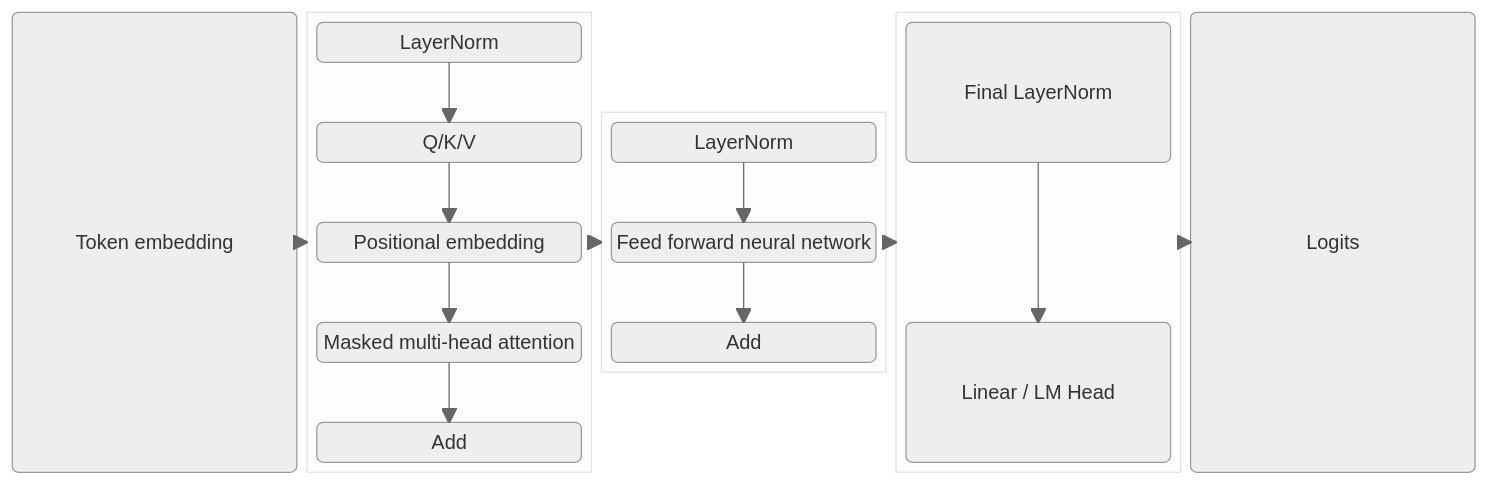
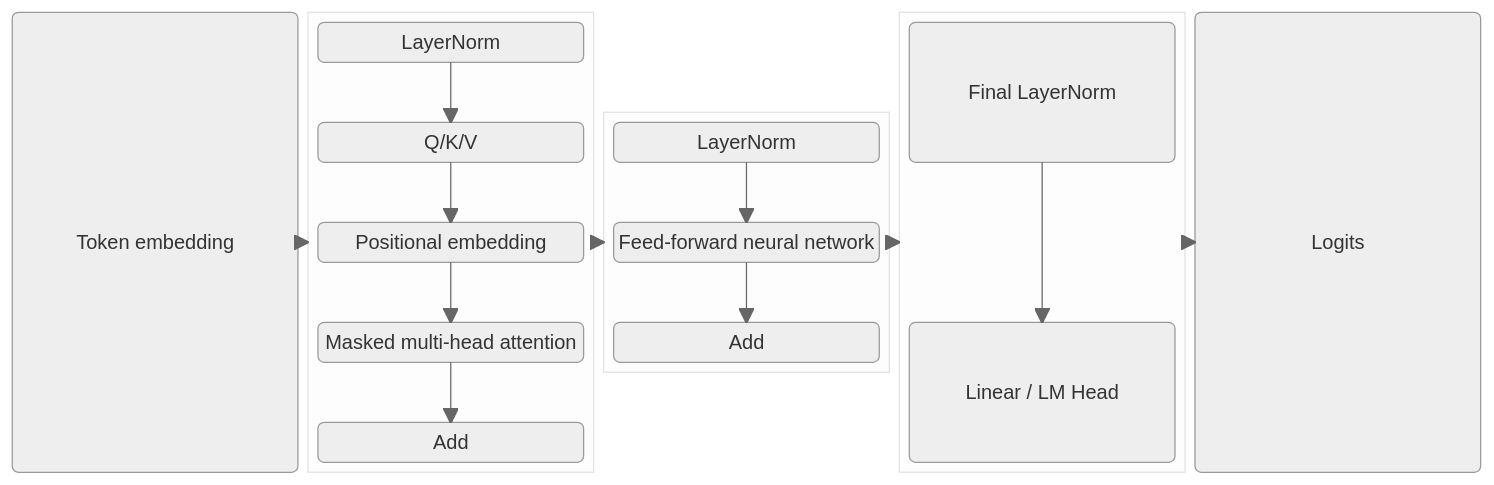
Before and after one commit to ChrisZhu2050/chriszhu2050.github.io: diagram 19 of 21 in index.md, drawn with Mermaid (neutral theme). The commit also changed other lines of this file, not shown here.

````diff
--- a/index.md
+++ b/index.md
@@ -532,45 +532,45 @@
       ```mermaid
           block
           columns 5
 
             a("Token embedding")
             
 
           block:group2:1
             columns 1
             c1("LayerNorm") space
             b1("Q/K/V") space
             b("Positional embedding") space
             c2("Masked multi-head attention") space
             c3("Add")
           end
           block:group3:1
             columns 1
             d("LayerNorm") space
-            e("Feed forward neural network") space
+            e("Feed-forward neural network") space
             h("Add")
           end
           block:group4:1
             columns 1
             f("Final LayerNorm") space
             g("Linear / LM Head")
 
           end
           
             z("Logits")
           
 
           c1 --> b1
           b1 --> b
           b --> c2
           c2 --> c3
           d --> e
           e --> h
           f --> g
 
           a --> group2
           group2 --> group3
           group3 --> group4
           group4 --> z
 
       ```  
````
